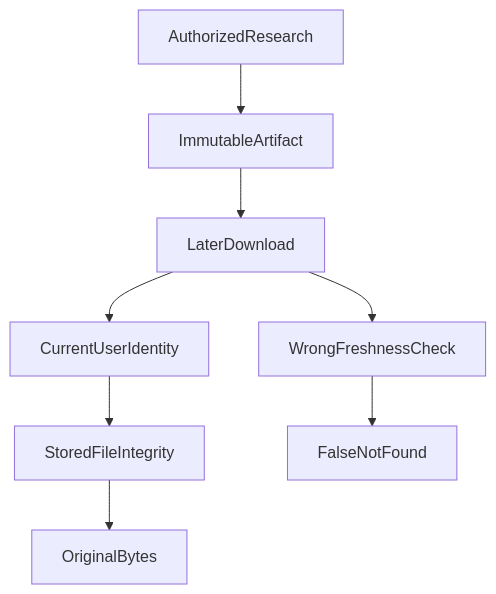
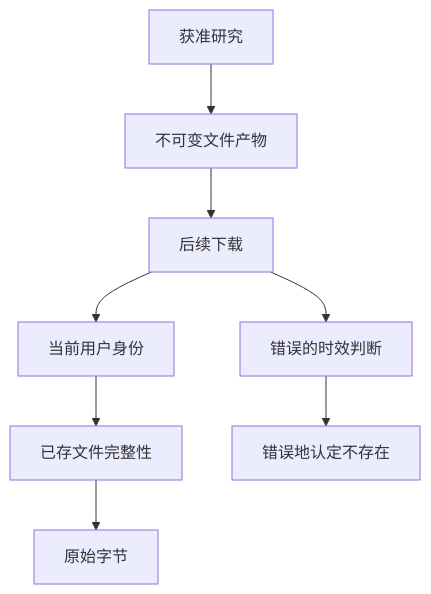
The second of 4 diagrams in articles/agent-html-evolution-challenges.md (hpoenixf/eff-agent-article), drawn with Mermaid before and after one commit. The commit also changed other lines of this file and 52 other files, not shown here.

Commit message:
docs: localize diagrams and clarify flagship guides

````diff
--- a/articles/agent-html-evolution-challenges.md
+++ b/articles/agent-html-evolution-challenges.md
@@ -71,10 +71,10 @@
 ```mermaid
 graph TD
-AuthorizedResearch --> ImmutableArtifact
-ImmutableArtifact --> LaterDownload
-LaterDownload --> CurrentUserIdentity
-CurrentUserIdentity --> StoredFileIntegrity
-StoredFileIntegrity --> OriginalBytes
-LaterDownload --> WrongFreshnessCheck
-WrongFreshnessCheck --> FalseNotFound
+AuthorizedResearch["获准研究"] --> ImmutableArtifact["不可变文件产物"]
+ImmutableArtifact --> LaterDownload["后续下载"]
+LaterDownload --> CurrentUserIdentity["当前用户身份"]
+CurrentUserIdentity --> StoredFileIntegrity["已存文件完整性"]
+StoredFileIntegrity --> OriginalBytes["原始字节"]
+LaterDownload --> WrongFreshnessCheck["错误的时效判断"]
+WrongFreshnessCheck --> FalseNotFound["错误地认定不存在"]
 ```
````
